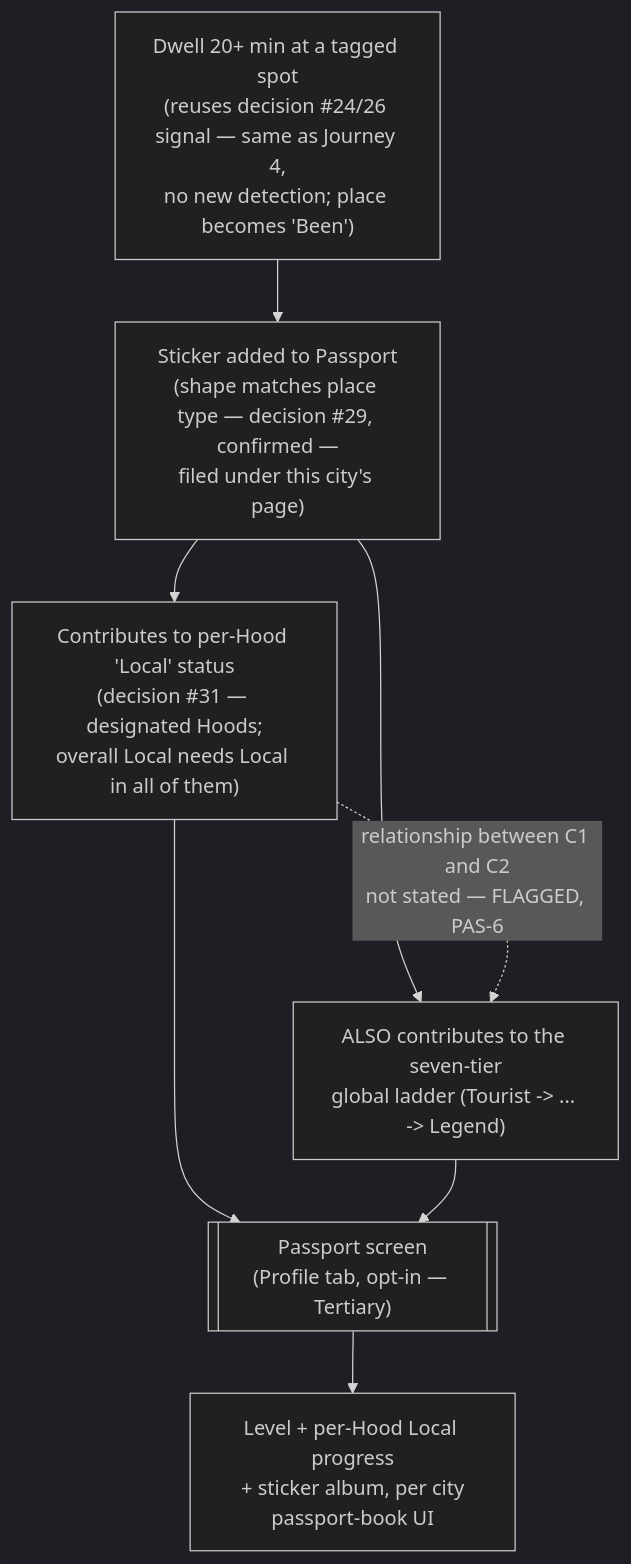
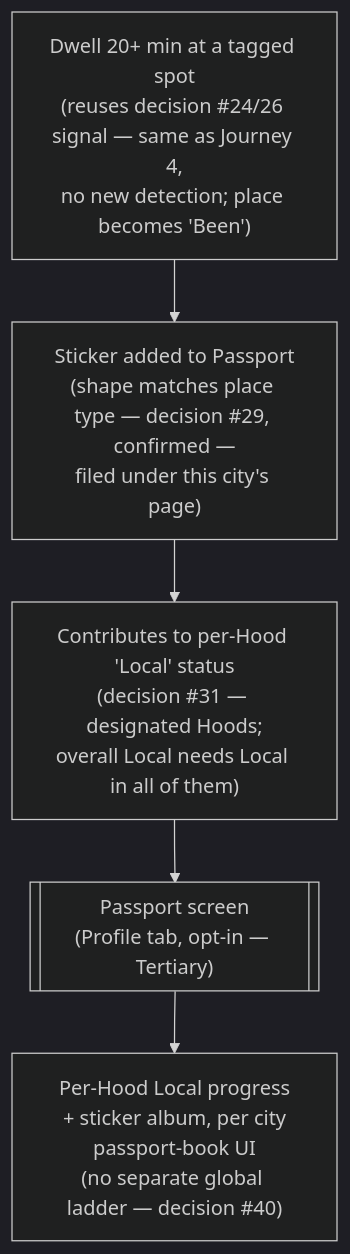
Before and after one commit to AviranGrisaro/passenger-brain: the seventh of 9 diagrams in design/ux-flows.md, drawn with Mermaid (dark theme). The commit also changed other lines of this file and 3 other files, not shown here.

First line of the commit message:
Lock strategy and UX flows: resolve PAS-6 founders-meeting open items

````diff
--- a/design/ux-flows.md
+++ b/design/ux-flows.md
@@ -290,10 +290,7 @@
 ```mermaid
 flowchart TD
     A["Dwell 20+ min at a tagged spot<br/>(reuses decision #24/26 signal — same as Journey 4,<br/>no new detection; place becomes 'Been')"] --> B["Sticker added to Passport<br/>(shape matches place type — decision #29, confirmed —<br/>filed under this city's page)"]
     B --> C1["Contributes to per-Hood 'Local' status<br/>(decision #31 — designated Hoods;<br/>overall Local needs Local in all of them)"]
-    B --> C2["ALSO contributes to the seven-tier<br/>global ladder (Tourist -> ... -> Legend)"]
-    C1 -.relationship between C1 and C2<br/>not stated — FLAGGED, PAS-6.-> C2
     C1 --> F[["Passport screen<br/>(Profile tab, opt-in — Tertiary)"]]
-    C2 --> F
-    F --> G["Level + per-Hood Local progress<br/>+ sticker album, per city<br/>passport-book UI"]
+    F --> G["Per-Hood Local progress<br/>+ sticker album, per city<br/>passport-book UI<br/>(no separate global ladder — decision #40)"]
 ```
````
